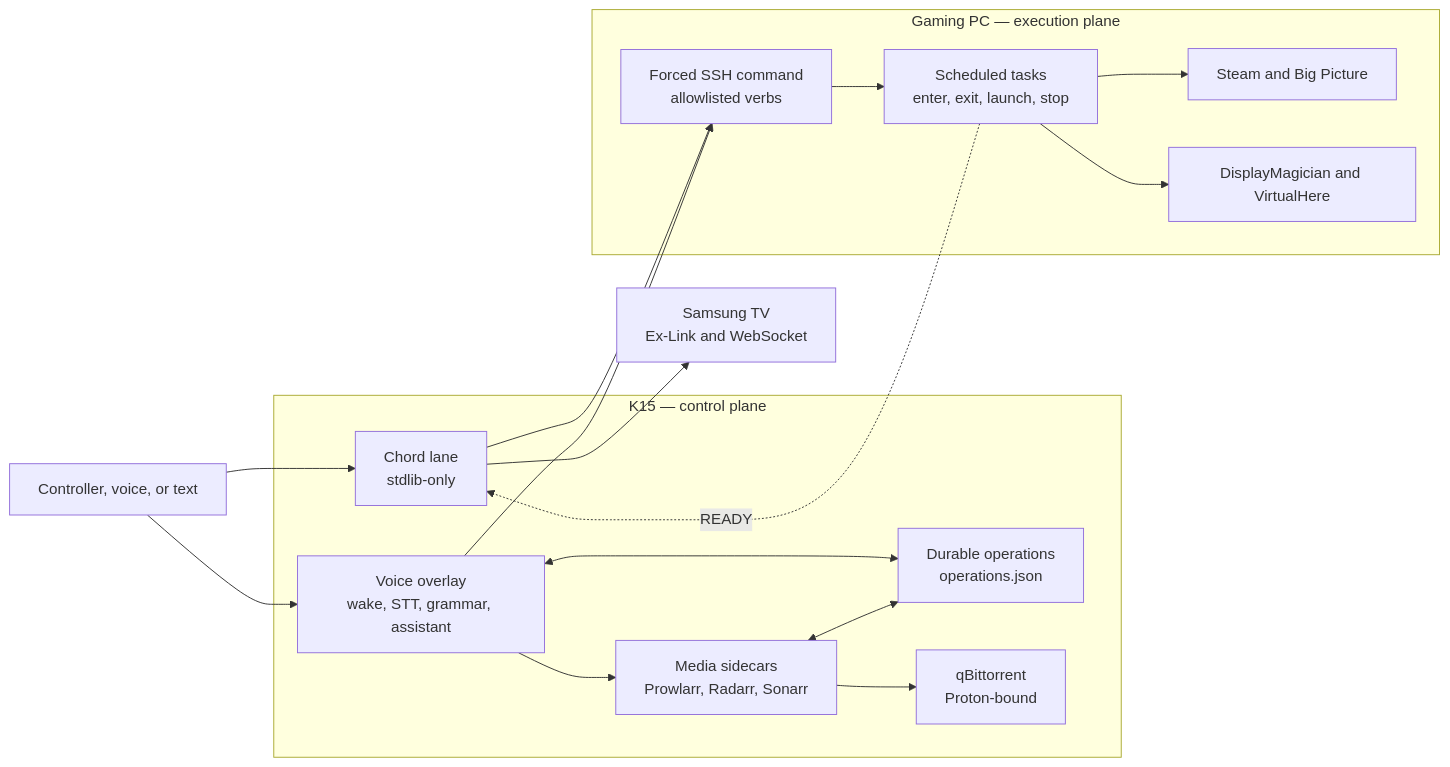
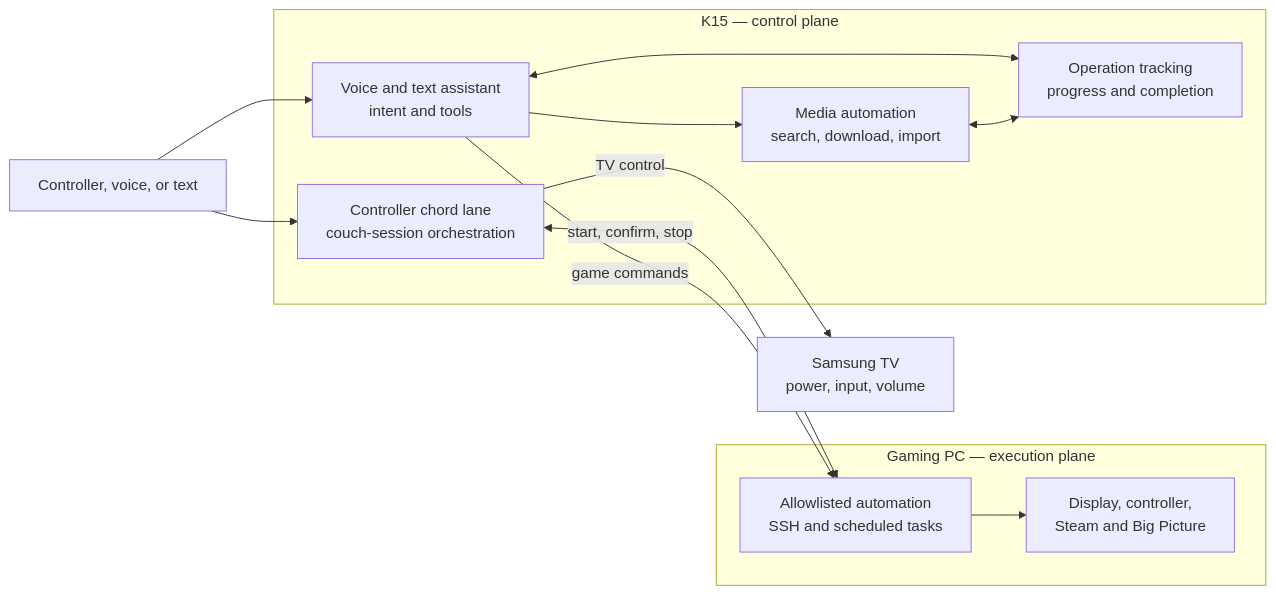
Before and after one commit to trillville/slopstation: the first of 2 diagrams in README.md, drawn with Mermaid. The commit also changed other lines of this file, not shown here.

Commit message:
docs: simplify system architecture diagram

````diff
--- a/README.md
+++ b/README.md
@@ -15,35 +15,30 @@
 ```mermaid
 flowchart LR
     user[Controller, voice, or text]
 
     subgraph k15[K15 — control plane]
-        chord[Chord lane<br/>stdlib-only]
-        voice[Voice overlay<br/>wake, STT, grammar, assistant]
-        ops[Durable operations<br/>operations.json]
-        media[Media sidecars<br/>Prowlarr, Radarr, Sonarr]
-        qbit[qBittorrent<br/>Proton-bound]
+        chord[Controller chord lane<br/>couch-session orchestration]
+        voice[Voice and text assistant<br/>intent and tools]
+        ops[Operation tracking<br/>progress and completion]
+        media[Media automation<br/>search, download, import]
+
+        voice <--> ops
+        voice --> media
+        media <--> ops
     end
 
     subgraph pc[Gaming PC — execution plane]
-        dispatch[Forced SSH command<br/>allowlisted verbs]
-        tasks[Scheduled tasks<br/>enter, exit, launch, stop]
-        steam[Steam and Big Picture]
-        display[DisplayMagician and VirtualHere]
+        automation[Allowlisted automation<br/>SSH and scheduled tasks]
+        gaming[Display, controller,<br/>Steam and Big Picture]
+
+        automation --> gaming
     end
 
-    tv[Samsung TV<br/>Ex-Link and WebSocket]
+    tv[Samsung TV<br/>power, input, volume]
 
     user --> chord
     user --> voice
-    chord --> tv
-    chord --> dispatch
-    voice --> dispatch
-    voice --> media
-    dispatch --> tasks
-    tasks --> steam
-    tasks --> display
-    voice <--> ops
-    media --> qbit
-    media <--> ops
-    tasks -. READY .-> chord
+    chord -->|TV control| tv
+    chord <-->|start, confirm, stop| automation
+    voice -->|game commands| automation
 ```
````
